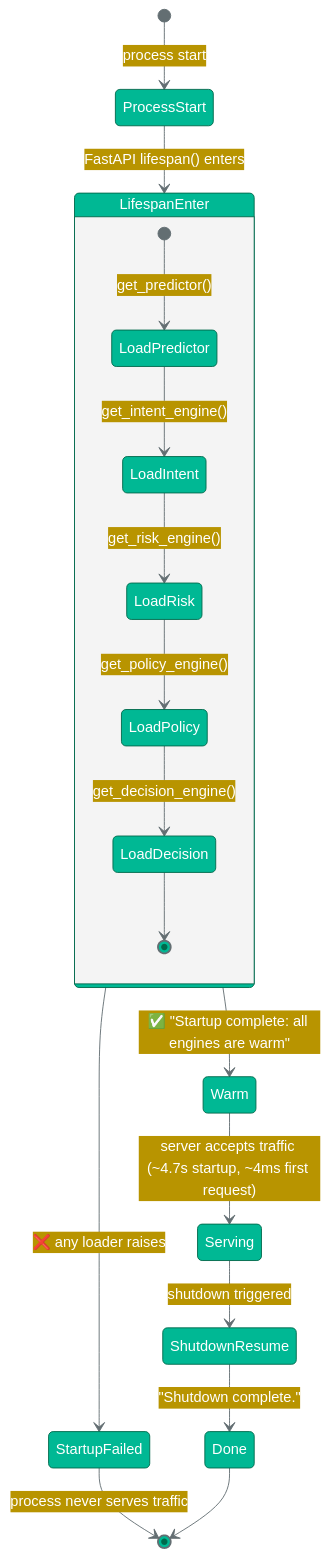
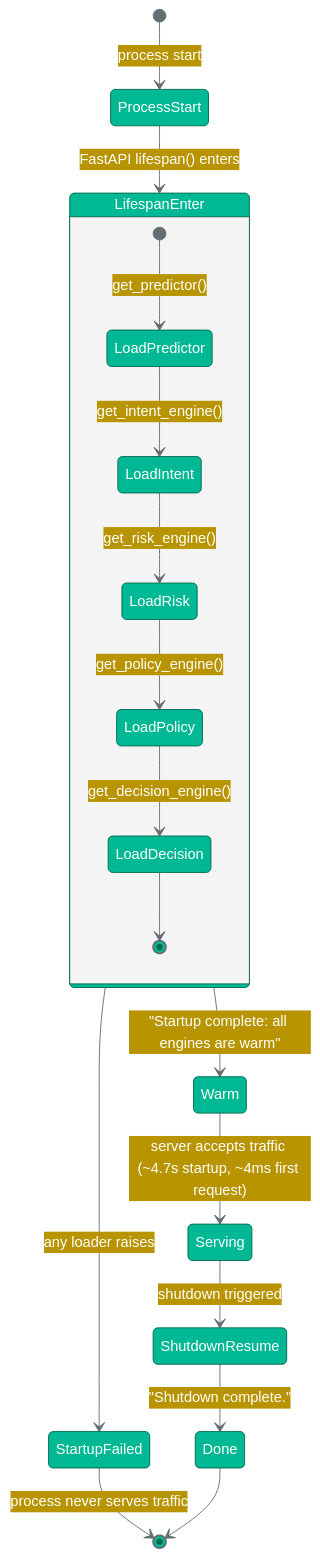
One commit to couder-04/NeuralAuth changed the fourth of 15 diagrams in README.md. Above: the diagram before and after it, drawn with Mermaid. The commit also changed other lines of this file, not shown here.

````diff
--- a/README.md
+++ b/README.md
@@ -239,24 +239,24 @@
 ```mermaid
 %%{init: {'theme':'base', 'themeVariables': {'primaryColor':'#00b894','primaryTextColor':'#fff','primaryBorderColor':'#00694c','lineColor':'#636e72'}}}%%
 stateDiagram-v2
     [*] --> ProcessStart: process start
     ProcessStart --> LifespanEnter: FastAPI lifespan() enters
 
     state LifespanEnter {
         [*] --> LoadPredictor: get_predictor()
         LoadPredictor --> LoadIntent: get_intent_engine()
         LoadIntent --> LoadRisk: get_risk_engine()
         LoadRisk --> LoadPolicy: get_policy_engine()
         LoadPolicy --> LoadDecision: get_decision_engine()
         LoadDecision --> [*]
     }
 
-    LifespanEnter --> StartupFailed: ❌ any loader raises
+    LifespanEnter --> StartupFailed: any loader raises
     StartupFailed --> [*]: process never serves traffic
 
-    LifespanEnter --> Warm: ✅ "Startup complete: all engines are warm"
+    LifespanEnter --> Warm: "Startup complete: all engines are warm"
     Warm --> Serving: server accepts traffic (~4.7s startup, ~4ms first request)
     Serving --> ShutdownResume: shutdown triggered
     ShutdownResume --> Done: "Shutdown complete."
     Done --> [*]
 ```
````
